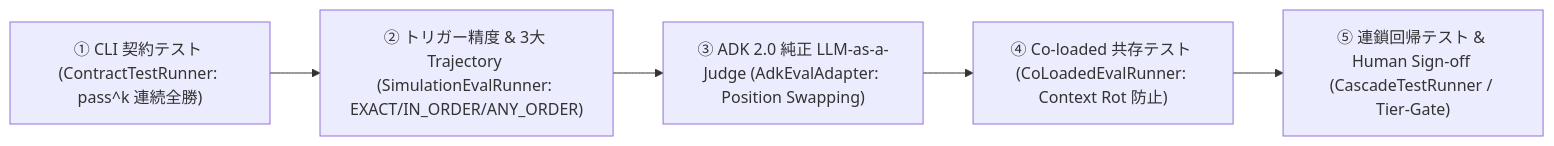
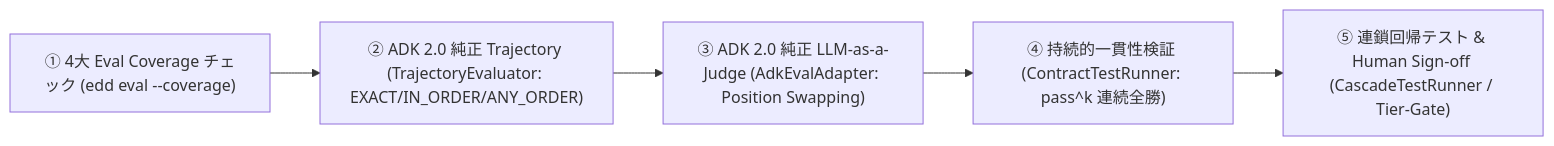
One commit to magic-sword/skill-edd-agent changed the second of 3 diagrams in edd-agent-tools/src/edd_agent_tools/docs/test_architecture.md. Above: the diagram before and after it, drawn with Mermaid. The commit also changed other lines of this file and 15 other files, not shown here.

````diff
--- a/edd-agent-tools/src/edd_agent_tools/docs/test_architecture.md
+++ b/edd-agent-tools/src/edd_agent_tools/docs/test_architecture.md
@@ -37,7 +37,7 @@
 ```mermaid
 flowchart LR
-    A["① CLI 契約テスト (ContractTestRunner: pass^k 連続全勝)"] --> B["② トリガー精度 & 3大 Trajectory (SimulationEvalRunner: EXACT/IN_ORDER/ANY_ORDER)"]
+    A["① 4大 Eval Coverage チェック (edd eval --coverage)"] --> B["② ADK 2.0 純正 Trajectory (TrajectoryEvaluator: EXACT/IN_ORDER/ANY_ORDER)"]
     B --> C["③ ADK 2.0 純正 LLM-as-a-Judge (AdkEvalAdapter: Position Swapping)"]
-    C --> D["④ Co-loaded 共存テスト (CoLoadedEvalRunner: Context Rot 防止)"]
+    C --> D["④ 持続的一貫性検証 (ContractTestRunner: pass^k 連続全勝)"]
     D --> E["⑤ 連鎖回帰テスト & Human Sign-off (CascadeTestRunner / Tier-Gate)"]
 ```
````
